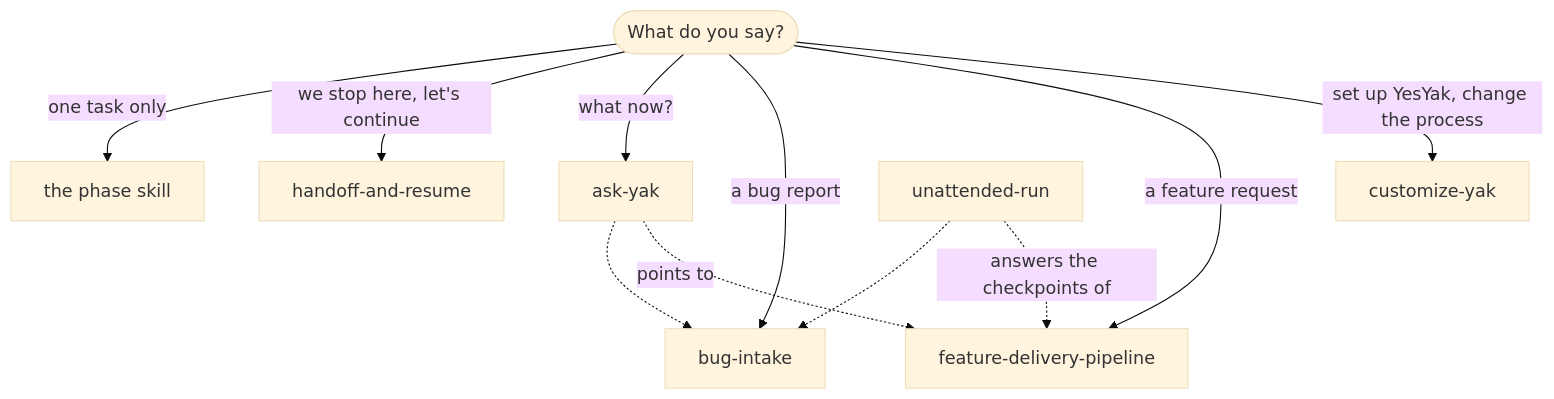
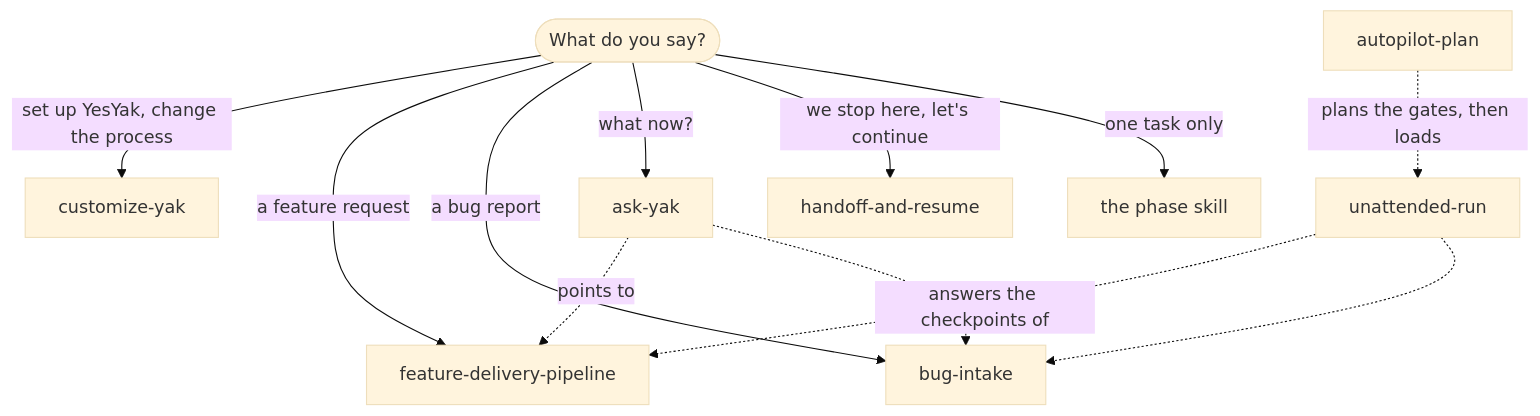
The second of 5 diagrams in README.md (webreactiva/yesyak), drawn with Mermaid (base theme) before and after one commit. The commit also changed other lines of this file, not shown here.

First line of the commit message:
docs: 📝 add autopilot-plan to the use cases and entry points

````diff
--- a/README.md
+++ b/README.md
@@ -108,14 +109,15 @@
 ```mermaid
 flowchart TD
     Q([What do you say?])
     Q -->|set up YesYak, change the process| CY[customize-yak]
     Q -->|a feature request| FP[feature-delivery-pipeline]
     Q -->|a bug report| BI[bug-intake]
     Q -->|what now?| AY[ask-yak]
     Q -->|we stop here, let's continue| HR[handoff-and-resume]
     Q -->|one task only| PS[the phase skill]
     U[unattended-run] -. answers the checkpoints of .-> FP
     U -.-> BI
+    AP[autopilot-plan] -. plans the gates, then loads .-> U
     AY -. points to .-> FP
     AY -.-> BI
 ```
````
